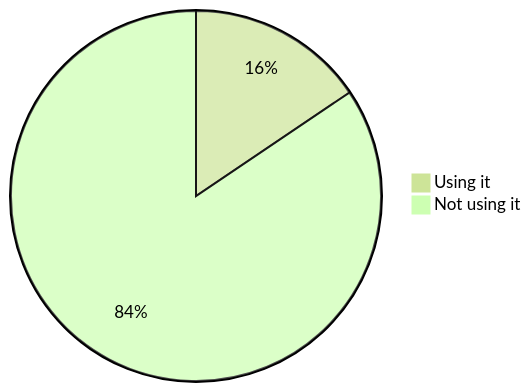
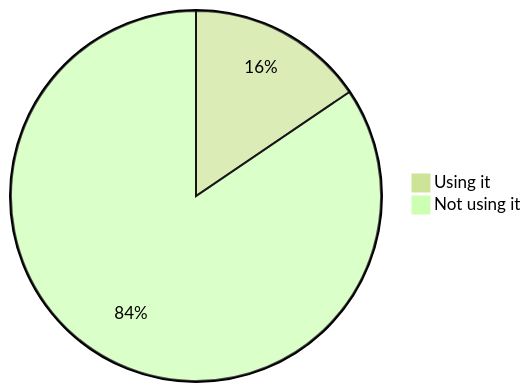
One commit to oshp/oshp-stats changed diagram 21 of 22 in stats.md. Above: the diagram before and after it, drawn with Mermaid (forest theme). The commit also changed other lines of this file, not shown here.

````diff
--- a/stats.md
+++ b/stats.md
@@ -252,6 +252,6 @@
 ```mermaid
 pie
-	"Using it" : 15.56
-	"Not using it" : 84.44
+	"Using it" : 15.52
+	"Not using it" : 84.48
 
 ```
````
